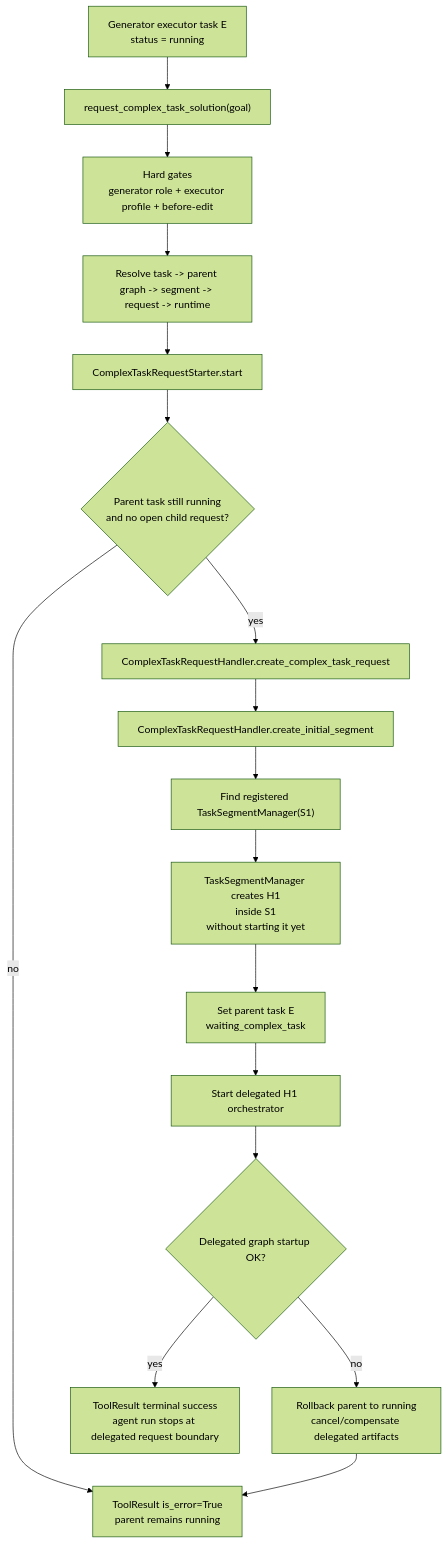
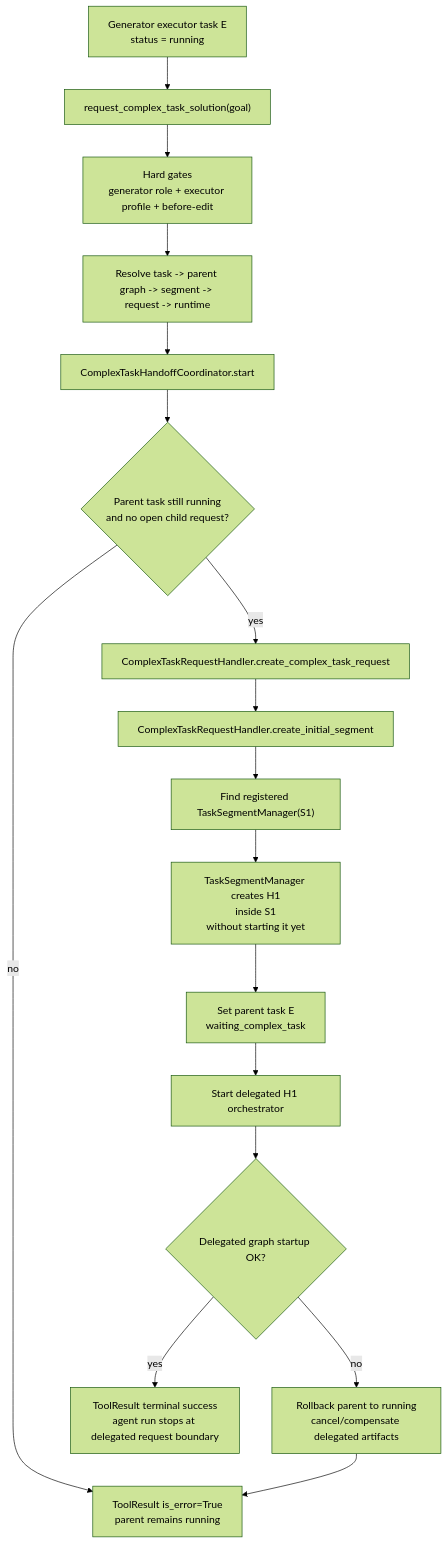
One commit to Ephemeral-AI-Lab/ephemeral-os changed the first of 4 diagrams in docs/architecture/task-center-harness-migration/phase-04-implementation-plan.md. Above: the diagram before and after it, drawn with Mermaid (forest theme). The commit also changed other lines of this file and 12 other files, not shown here.

````diff
--- a/docs/architecture/task-center-harness-migration/phase-04-implementation-plan.md
+++ b/docs/architecture/task-center-harness-migration/phase-04-implementation-plan.md
@@ -92,20 +92,20 @@
 ```mermaid
 flowchart TD
     Exec["Generator executor task E<br/>status = running"] --> Tool["request_complex_task_solution(goal)"]
     Tool --> Gates["Hard gates<br/>generator role + executor profile + before-edit"]
     Gates --> Resolve["Resolve task -> parent graph -> segment -> request -> runtime"]
-    Resolve --> Starter["ComplexTaskRequestStarter.start"]
+    Resolve --> Coord["ComplexTaskHandoffCoordinator.start"]
 
-    Starter --> ParentCheck{"Parent task still running<br/>and no open child request?"}
+    Coord --> ParentCheck{"Parent task still running<br/>and no open child request?"}
     ParentCheck -->|"no"| InlineErr["ToolResult is_error=True<br/>parent remains running"]
     ParentCheck -->|"yes"| CreateReq["ComplexTaskRequestHandler.create_complex_task_request"]
     CreateReq --> CreateSeg["ComplexTaskRequestHandler.create_initial_segment"]
     CreateSeg --> Manager["Find registered TaskSegmentManager(S1)"]
     Manager --> CreateGraph["TaskSegmentManager creates H1<br/>inside S1<br/>without starting it yet"]
     CreateGraph --> Wait["Set parent task E<br/>waiting_complex_task"]
     Wait --> Start["Start delegated H1 orchestrator"]
     Start --> Startup{"Delegated graph startup OK?"}
     Startup -->|"no"| Rollback["Rollback parent to running<br/>cancel/compensate delegated artifacts"]
     Rollback --> InlineErr
     Startup -->|"yes"| Success["ToolResult terminal success<br/>agent run stops at delegated request boundary"]
 ```
````
